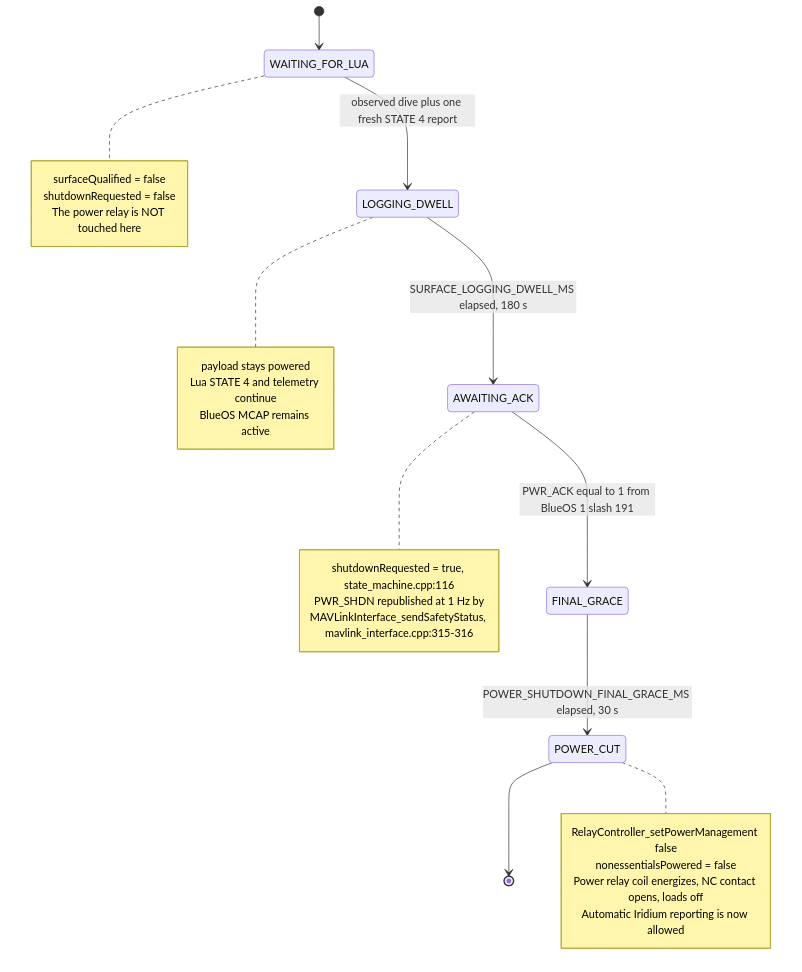
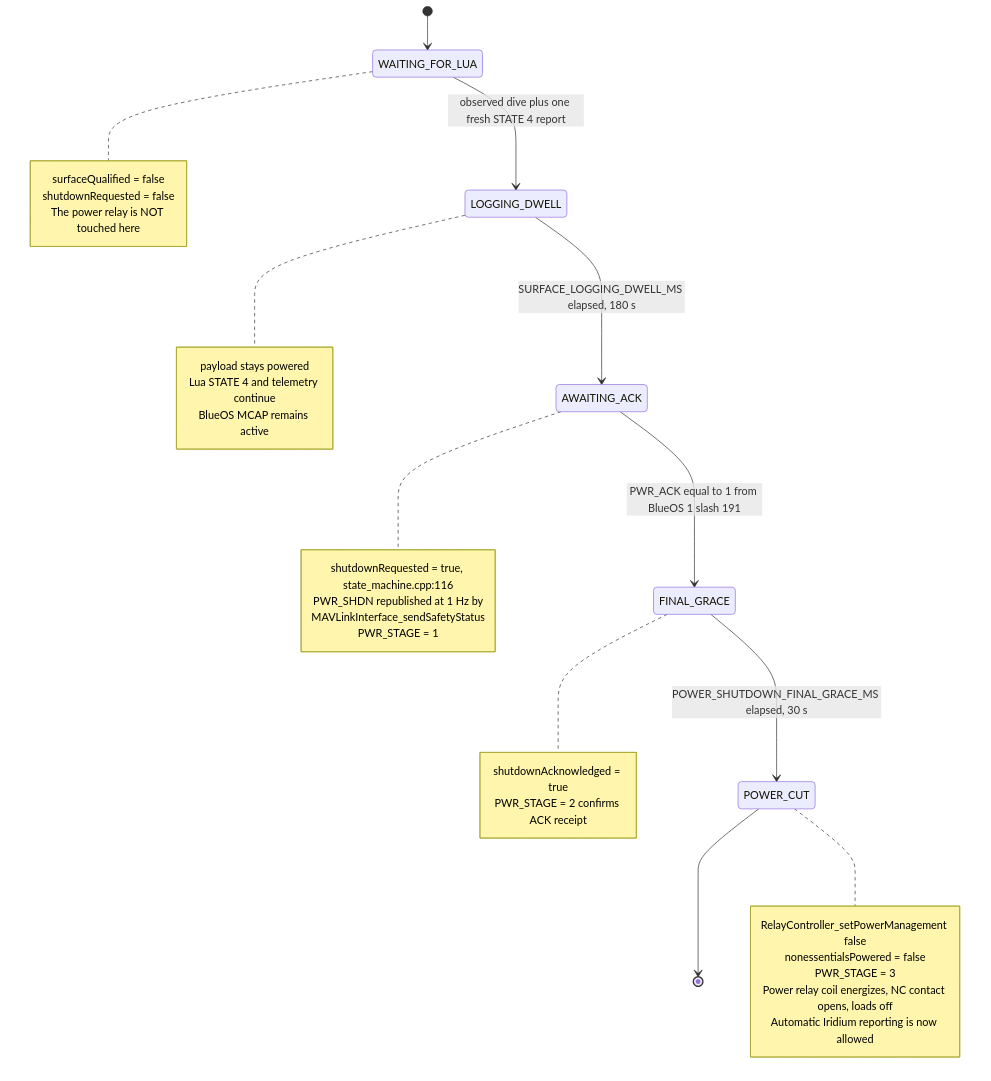
Before and after one commit to brianhBR/Doris-AGT-Firmware: the third of 4 diagrams in docs/STATE_MACHINE_DIAGRAM.md, drawn with Mermaid. The commit also changed other lines of this file and 15 other files, not shown here.

````diff
--- a/docs/STATE_MACHINE_DIAGRAM.md
+++ b/docs/STATE_MACHINE_DIAGRAM.md
@@ -157,37 +157,44 @@
 ```mermaid
 stateDiagram-v2
     direction TB
 
     [*] --> WAITING_FOR_LUA
 
     WAITING_FOR_LUA --> LOGGING_DWELL : observed dive plus one fresh STATE 4 report
     LOGGING_DWELL --> AWAITING_ACK : SURFACE_LOGGING_DWELL_MS elapsed, 180 s
     AWAITING_ACK --> FINAL_GRACE : PWR_ACK equal to 1 from BlueOS 1 slash 191
     FINAL_GRACE --> POWER_CUT : POWER_SHUTDOWN_FINAL_GRACE_MS elapsed, 30 s
     POWER_CUT --> [*]
 
     note right of WAITING_FOR_LUA
         surfaceQualified = false
         shutdownRequested = false
         The power relay is NOT touched here
     end note
 
     note right of LOGGING_DWELL
         payload stays powered
         Lua STATE 4 and telemetry continue
         BlueOS MCAP remains active
     end note
 
     note right of AWAITING_ACK
         shutdownRequested = true, state_machine.cpp:116
         PWR_SHDN republished at 1 Hz by
-        MAVLinkInterface_sendSafetyStatus, mavlink_interface.cpp:315-316
+        MAVLinkInterface_sendSafetyStatus
+        PWR_STAGE = 1
+    end note
+
+    note right of FINAL_GRACE
+        shutdownAcknowledged = true
+        PWR_STAGE = 2 confirms ACK receipt
     end note
 
     note right of POWER_CUT
         RelayController_setPowerManagement false
         nonessentialsPowered = false
+        PWR_STAGE = 3
         Power relay coil energizes, NC contact opens, loads off
         Automatic Iridium reporting is now allowed
     end note
 ```
````
